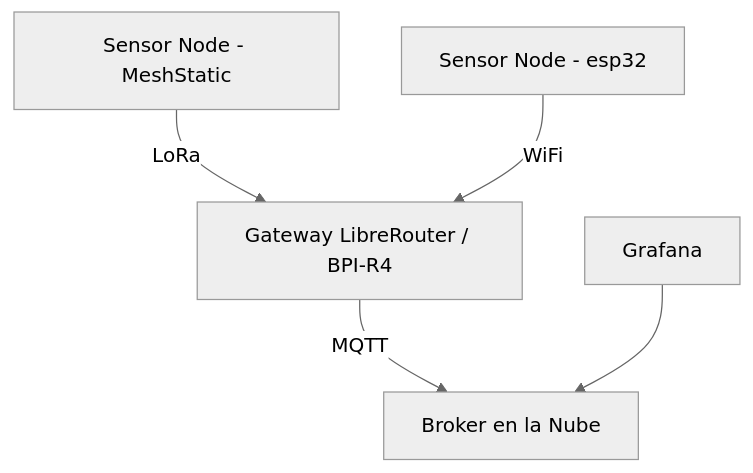
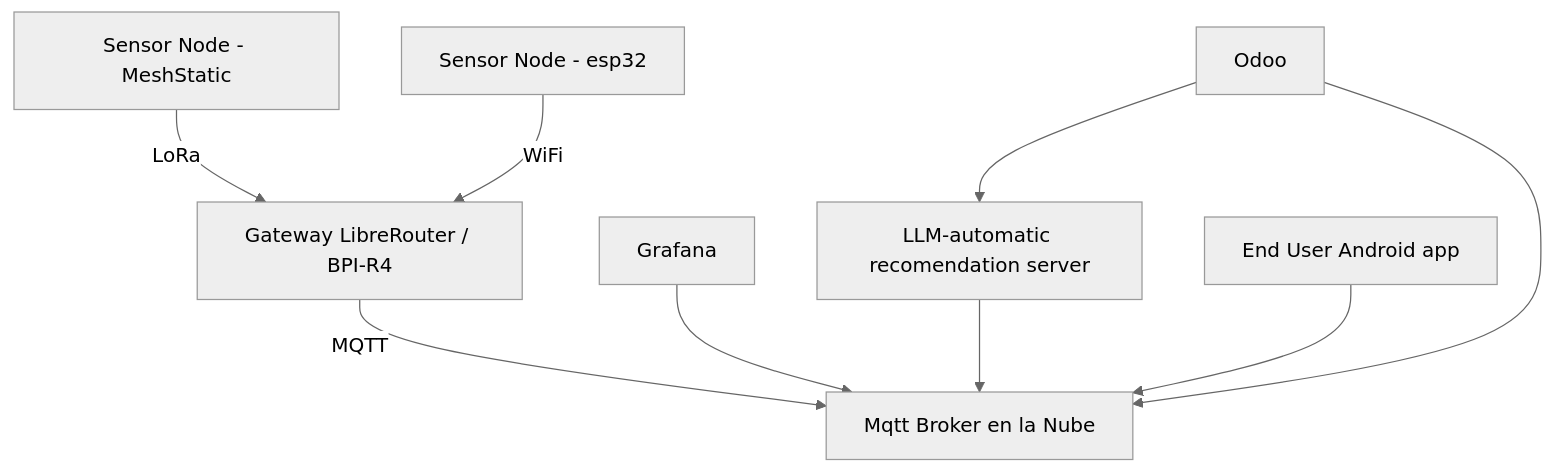
The diagram in docs/# Ecosistema informático para la agricultura familiar.md (Pablomonte/incuwebsite), drawn with Mermaid (neutral theme) before and after one commit.

Commit message:
Update # Ecosistema informático para la agricultura familiar.md

````diff
--- a/docs/# Ecosistema informático para la agricultura familiar.md
+++ b/docs/# Ecosistema informático para la agricultura familiar.md
@@ -97,9 +97,12 @@
 ```mermaid
 graph TD
   A[Sensor Node - MeshStatic] -- LoRa --> B[Gateway LibreRouter / BPI-R4]
   
-  B -- MQTT --> C[Broker en la Nube]
-  D[Grafana] -->  C[Broker en la Nube]
+  B -- MQTT --> C[Mqtt Broker en la Nube]
+  D[Grafana] -->  C[Mqtt Broker en la Nube]
   E[Sensor Node - esp32] -- WiFi --> B[Gateway LibreRouter / BPI-R4]
-
+  F[LLM-automatic recomendation server]  -->  C[Mqtt Broker en la Nube]
+  G[End User Android app] -->  C[Mqtt Broker en la Nube]
+  H[Odoo]  -->  C[Mqtt Broker en la Nube]
+  H[Odoo]  -->  F[LLM-automatic recomendation server]
 ```
````
